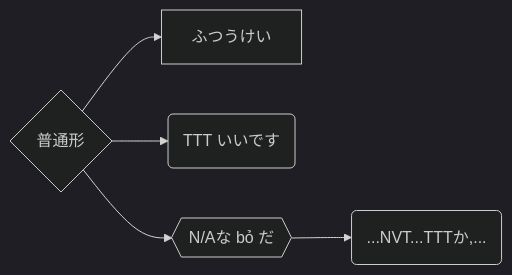
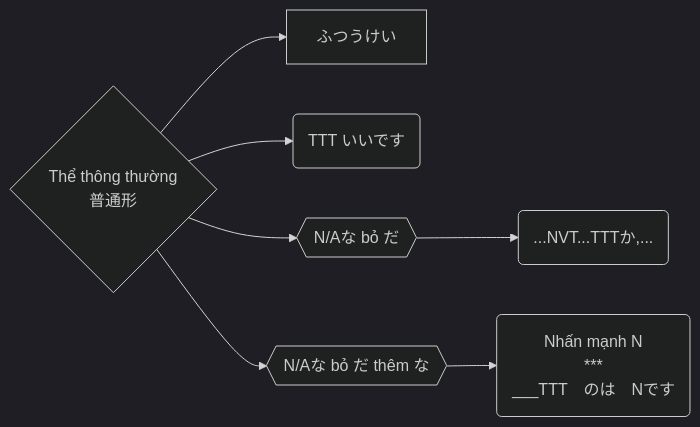
Before and after one commit to tea1504/learn: the diagram in The/普通形.md, drawn with Mermaid (dark theme). The commit also changed 7 other files, not shown here.

````diff
--- a/The/普通形.md
+++ b/The/普通形.md
@@ -1,8 +1,9 @@
 ```mermaid
 graph LR;
-    TTT{普通形}-->ふつうけい
+    TTT{Thể thông thường\n普通形}-->ふつうけい
     TTT-->nen(TTT いいです)
     TTT-->boDa{{N/Aな bỏ だ}}
     boDa-->longCauNghiVan(...NVT...TTTか,...)
-
+    TTT-->boDaThemNa{{N/Aな bỏ だ thêm な}}
+    boDaThemNa-->nhanManhN(Nhấn mạnh N\n***\n___TTT　のは　Nです)
 ```
````
